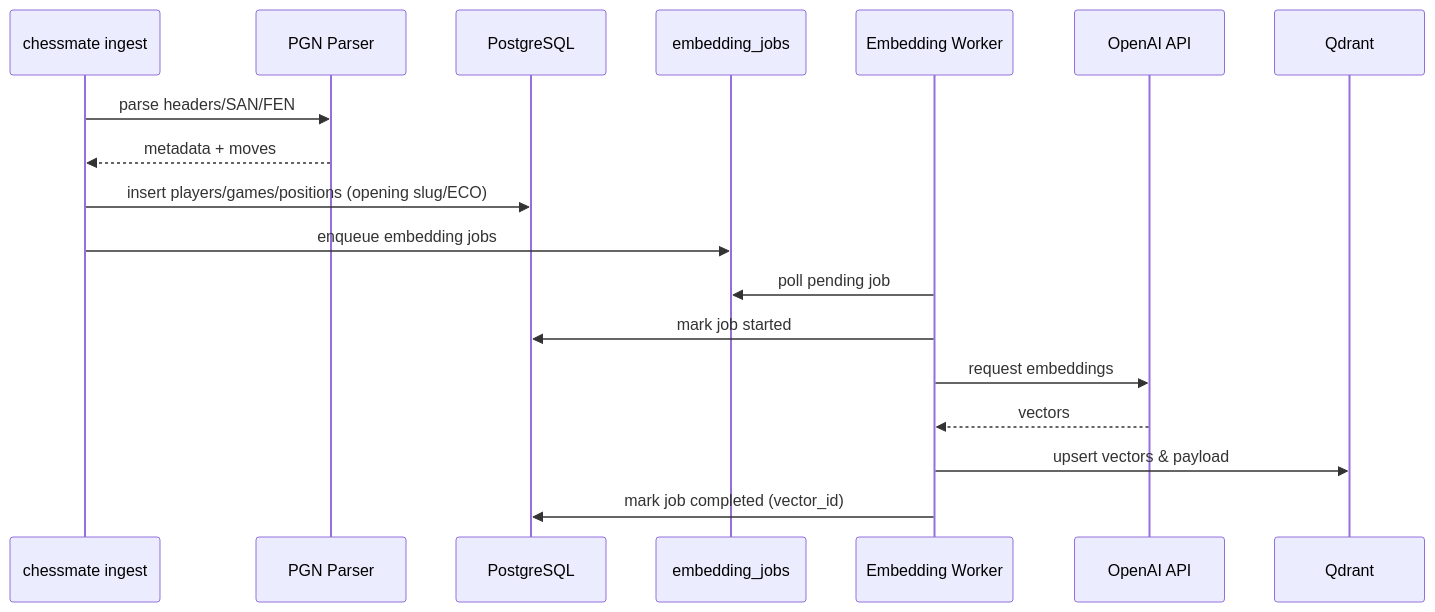
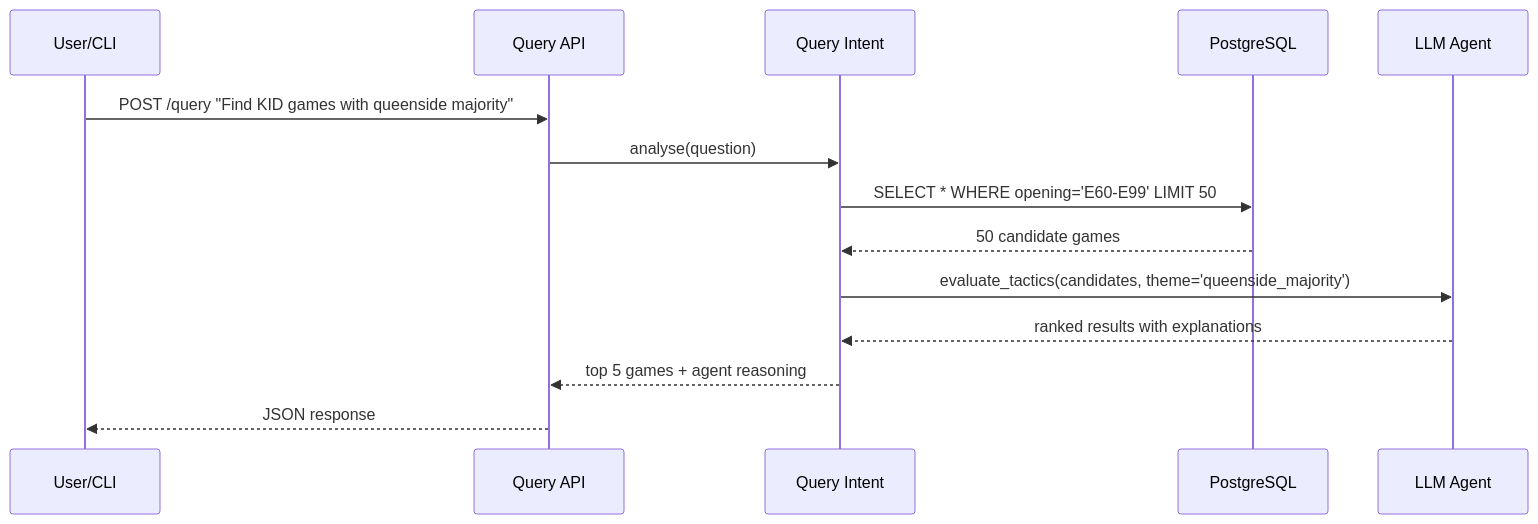
One commit to HendrikReh/chessmate changed the fourth of 6 diagrams in docs/IMPLEMENTATION_PLAN.md. Above: the diagram before and after it, drawn with Mermaid. The commit also changed other lines of this file, not shown here.

````diff
--- a/docs/IMPLEMENTATION_PLAN.md
+++ b/docs/IMPLEMENTATION_PLAN.md
@@ -61,21 +165,17 @@
 ```mermaid
 sequenceDiagram
-  participant CLI as chessmate ingest
-  participant Parser as PGN Parser
+  participant User as User/CLI
+  participant API as Query API
+  participant Intent as Query Intent
   participant PG as PostgreSQL
-  participant Jobs as embedding_jobs
-  participant Worker as Embedding Worker
-  participant OpenAI as OpenAI API
-  participant QD as Qdrant
+  participant Agent as LLM Agent
 
-  CLI->>Parser: parse headers/SAN/FEN
-  Parser-->>CLI: metadata + moves
-  CLI->>PG: insert players/games/positions (opening slug/ECO)
-  CLI->>Jobs: enqueue embedding jobs
-  Worker->>Jobs: poll pending job
-  Worker->>PG: mark job started
-  Worker->>OpenAI: request embeddings
-  OpenAI-->>Worker: vectors
-  Worker->>QD: upsert vectors & payload
-  Worker->>PG: mark job completed (vector_id)
+  User->>API: POST /query "Find KID games with queenside majority"
+  API->>Intent: analyse(question)
+  Intent->>PG: SELECT * WHERE opening='E60-E99' LIMIT 50
+  PG-->>Intent: 50 candidate games
+  Intent->>Agent: evaluate_tactics(candidates, theme='queenside_majority')
+  Agent-->>Intent: ranked results with explanations
+  Intent-->>API: top 5 games + agent reasoning
+  API-->>User: JSON response
 ```
````
